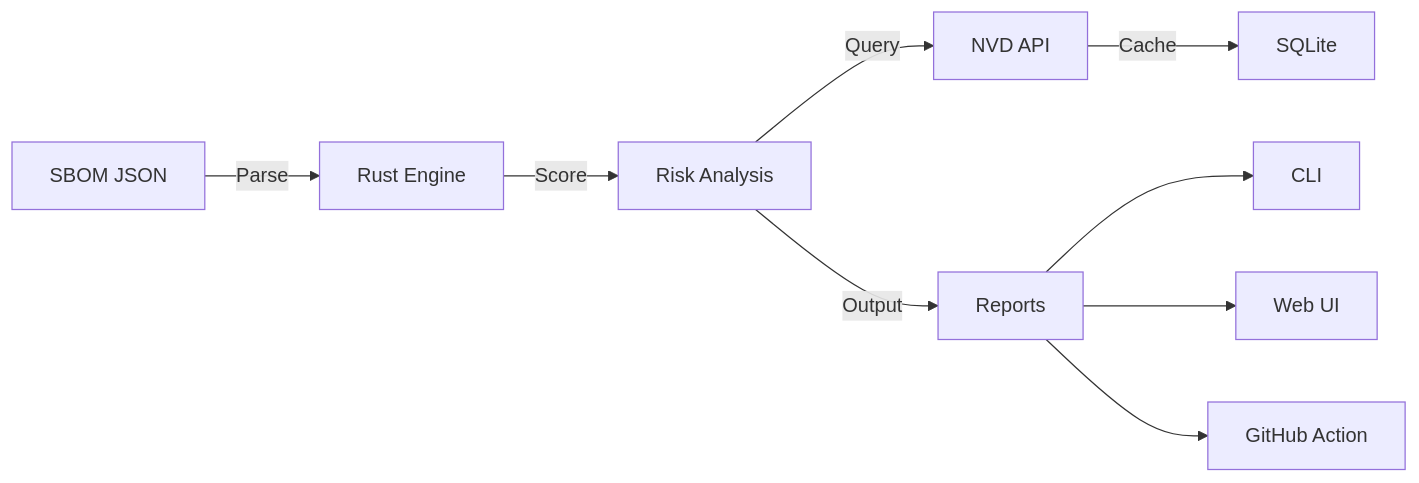
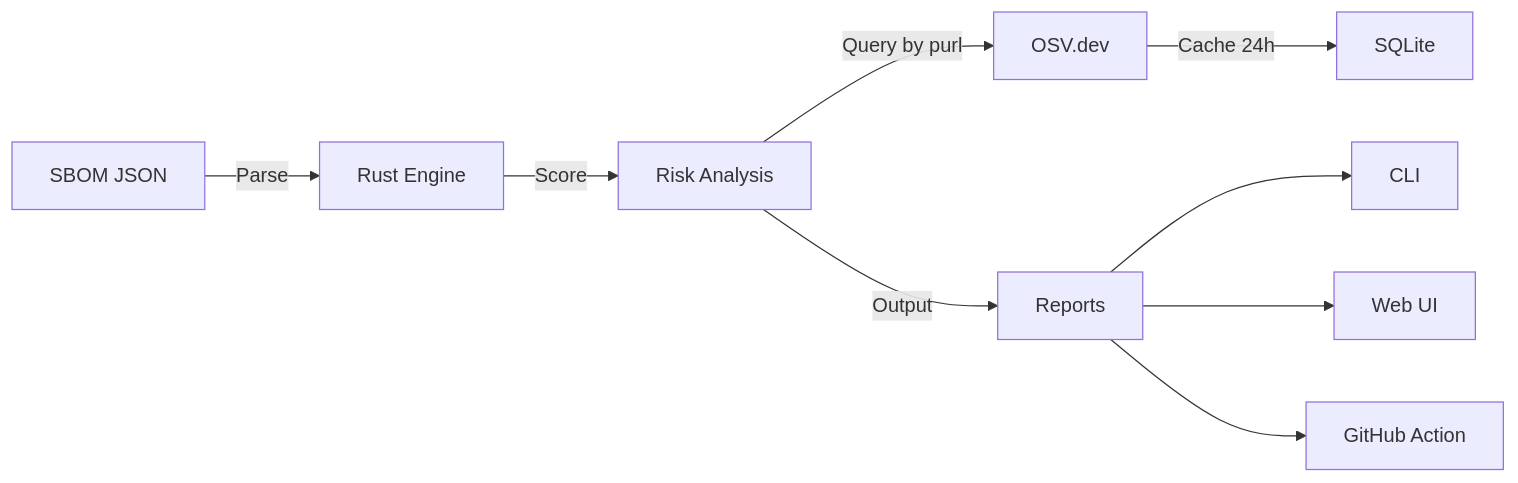
The diagram in README.md (Zertannax/Zertree), drawn with Mermaid before and after one commit. The commit also changed other lines of this file and 12 other files, not shown here.

First line of the commit message:
cleanup: honest README + OSV.dev fetcher + SQLite cache + parser fixes (#1)

````diff
--- a/README.md
+++ b/README.md
@@ -115,11 +156,11 @@
 ```mermaid
 graph LR
     A[SBOM JSON] -->|Parse| B[Rust Engine]
     B -->|Score| C[Risk Analysis]
-    C -->|Query| D[NVD API]
-    D -->|Cache| E[SQLite]
+    C -->|Query by purl| D[OSV.dev]
+    D -->|Cache 24h| E[SQLite]
     C -->|Output| F[Reports]
     F --> G[CLI]
     F --> H[Web UI]
     F --> I[GitHub Action]
 ```
````
